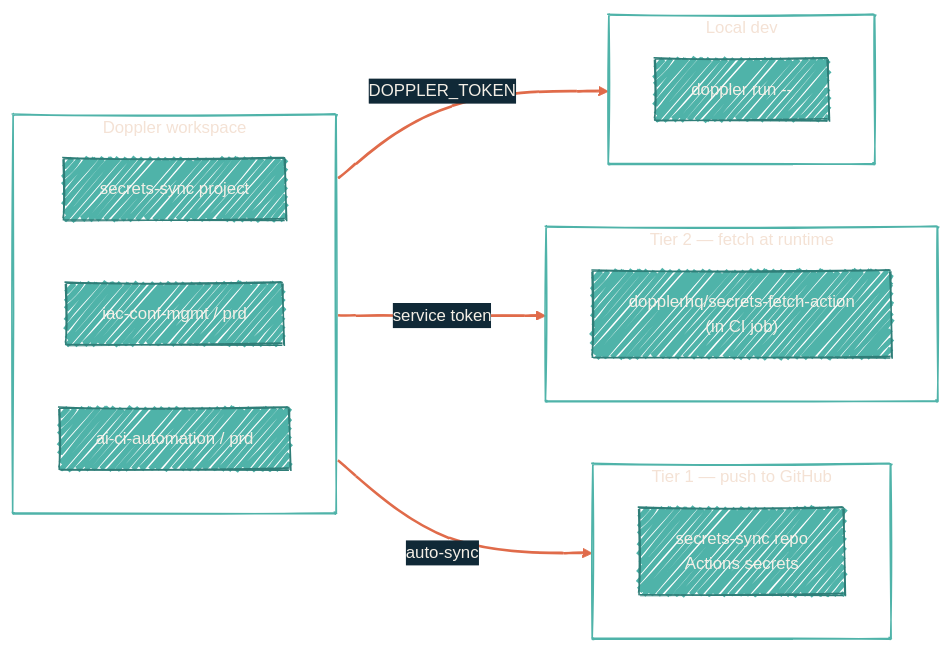
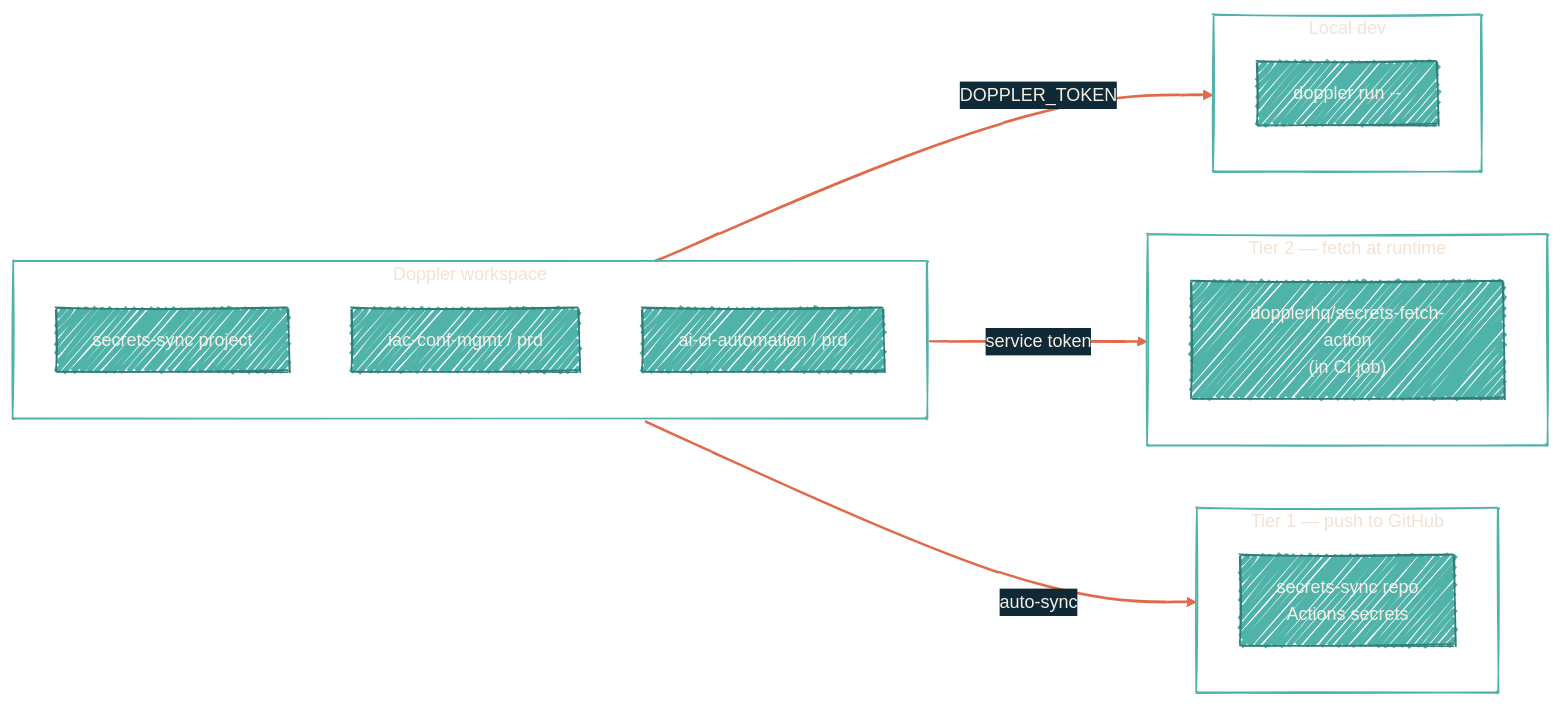
One commit to dryvist/docs changed the diagram in security/tools/doppler.mdx. Above: the diagram before and after it, drawn with Mermaid. The commit also changed other lines of this file and 12 other files, not shown here.

````diff
--- a/security/tools/doppler.mdx
+++ b/security/tools/doppler.mdx
@@ -24,27 +25,27 @@
 ```mermaid
-%%{init: {'theme':'base','look':'handDrawn','themeVariables':{'primaryColor':'#4FB3A9','primaryTextColor':'#F4EFE6','primaryBorderColor':'#2F7E78','lineColor':'#E06B4A','secondaryColor':'#102937','tertiaryColor':'#0B1D2A','clusterBkg':'transparent','clusterBorder':'#4FB3A9','fontFamily':'Geist','fontSize':'14px'}}}%%
+%%{init: {'theme':'base','look':'handDrawn','themeVariables':{'primaryColor':'#4FB3A9','primaryTextColor':'#F4EFE6','primaryBorderColor':'#2F7E78','lineColor':'#E06B4A','secondaryColor':'#102937','tertiaryColor':'#0B1D2A','clusterBkg':'transparent','clusterBorder':'#4FB3A9','fontFamily':'Geist','fontSize':'15px'}}}%%
 flowchart LR
   subgraph Doppler["Doppler workspace"]
-    direction LR
+    direction TB
     P1["secrets-sync project"]
     P2["iac-conf-mgmt / prd"]
     P3["ai-ci-automation / prd"]
   end
   subgraph Push["Tier 1 — push to GitHub"]
-    direction LR
+    direction TB
     GH["secrets-sync repo<br/>Actions secrets"]
   end
   subgraph Fetch["Tier 2 — fetch at runtime"]
-    direction LR
+    direction TB
     Action["dopplerhq/secrets-fetch-action<br/>(in CI job)"]
   end
   subgraph Local["Local dev"]
-    direction LR
+    direction TB
     DR["doppler run -- <cmd>"]
   end
   P1 -->|"auto-sync"| GH
   P2 -->|"service token"| Action
   P3 -->|"DOPPLER_TOKEN"| DR
 
   linkStyle default stroke:#E06B4A,stroke-width:2px
 ```
````
